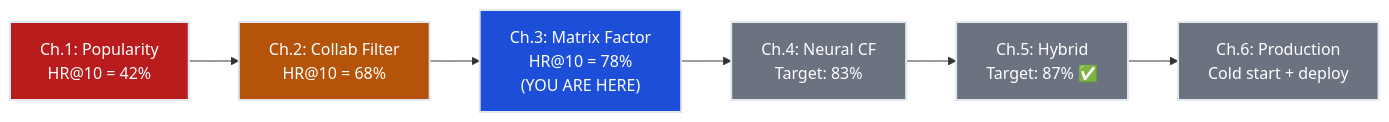
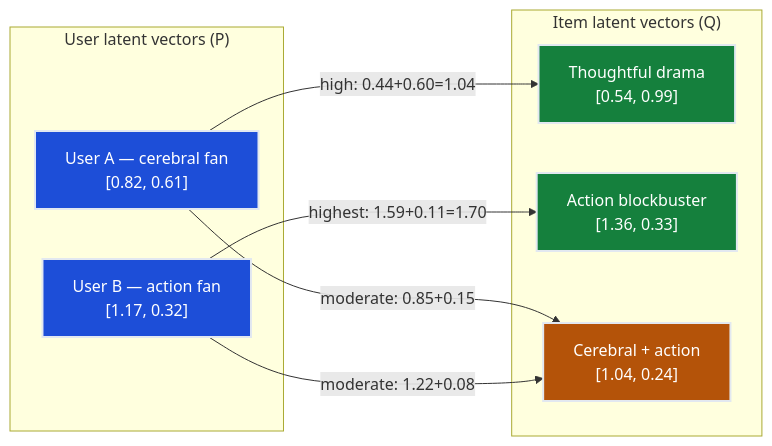
One commit to deepakshamsft/ai-portfolio changed the fourth of 4 diagrams in notes/01-ml/04_recommender_systems/ch03_matrix_factorization/README.md. Above: the diagram before and after it, drawn with Mermaid. The commit also changed other lines of this file and 727 other files, not shown here.

````diff
--- a/notes/01-ml/04_recommender_systems/ch03_matrix_factorization/README.md
+++ b/notes/01-ml/04_recommender_systems/ch03_matrix_factorization/README.md
@@ -640,15 +514,22 @@
 ```mermaid
 flowchart LR
-    CH1["Ch.1: Popularity<br/>HR@10 = 42%"] --> CH2["Ch.2: Collab Filter<br/>HR@10 = 68%"]
-    CH2 --> CH3["Ch.3: Matrix Factor<br/>HR@10 = 78%<br/>(YOU ARE HERE)"]
-    CH3 --> CH4["Ch.4: Neural CF<br/>Target: 83%"]
-    CH4 --> CH5["Ch.5: Hybrid<br/>Target: 87% ✅"]
-    CH5 --> CH6["Ch.6: Production<br/>Cold start + deploy"]
-    
-    style CH1 fill:#b91c1c,stroke:#e2e8f0,stroke-width:2px,color:#ffffff
-    style CH2 fill:#b45309,stroke:#e2e8f0,stroke-width:2px,color:#ffffff
-    style CH3 fill:#1d4ed8,stroke:#e2e8f0,stroke-width:2px,color:#ffffff
-    style CH4 fill:#6b7280,stroke:#e2e8f0,stroke-width:2px,color:#ffffff
-    style CH5 fill:#6b7280,stroke:#e2e8f0,stroke-width:2px,color:#ffffff
-    style CH6 fill:#6b7280,stroke:#e2e8f0,stroke-width:2px,color:#ffffff
+    subgraph USERS["User latent vectors (P)"]
+        U1["User A — cerebral fan\n[0.82, 0.61]"]
+        U2["User B — action fan\n[1.17, 0.32]"]
+    end
+    subgraph ITEMS["Item latent vectors (Q)"]
+        I1["Thoughtful drama\n[0.54, 0.99]"]
+        I2["Action blockbuster\n[1.36, 0.33]"]
+        I3["Cerebral + action\n[1.04, 0.24]"]
+    end
+    U1 -->|"high: 0.44+0.60=1.04"| I1
+    U1 -->|"moderate: 0.85+0.15"| I3
+    U2 -->|"highest: 1.59+0.11=1.70"| I2
+    U2 -->|"moderate: 1.22+0.08"| I3
+
+    style U1 fill:#1d4ed8,stroke:#e2e8f0,stroke-width:2px,color:#ffffff
+    style U2 fill:#1d4ed8,stroke:#e2e8f0,stroke-width:2px,color:#ffffff
+    style I1 fill:#15803d,stroke:#e2e8f0,stroke-width:2px,color:#ffffff
+    style I2 fill:#15803d,stroke:#e2e8f0,stroke-width:2px,color:#ffffff
+    style I3 fill:#b45309,stroke:#e2e8f0,stroke-width:2px,color:#ffffff
 ```
````
